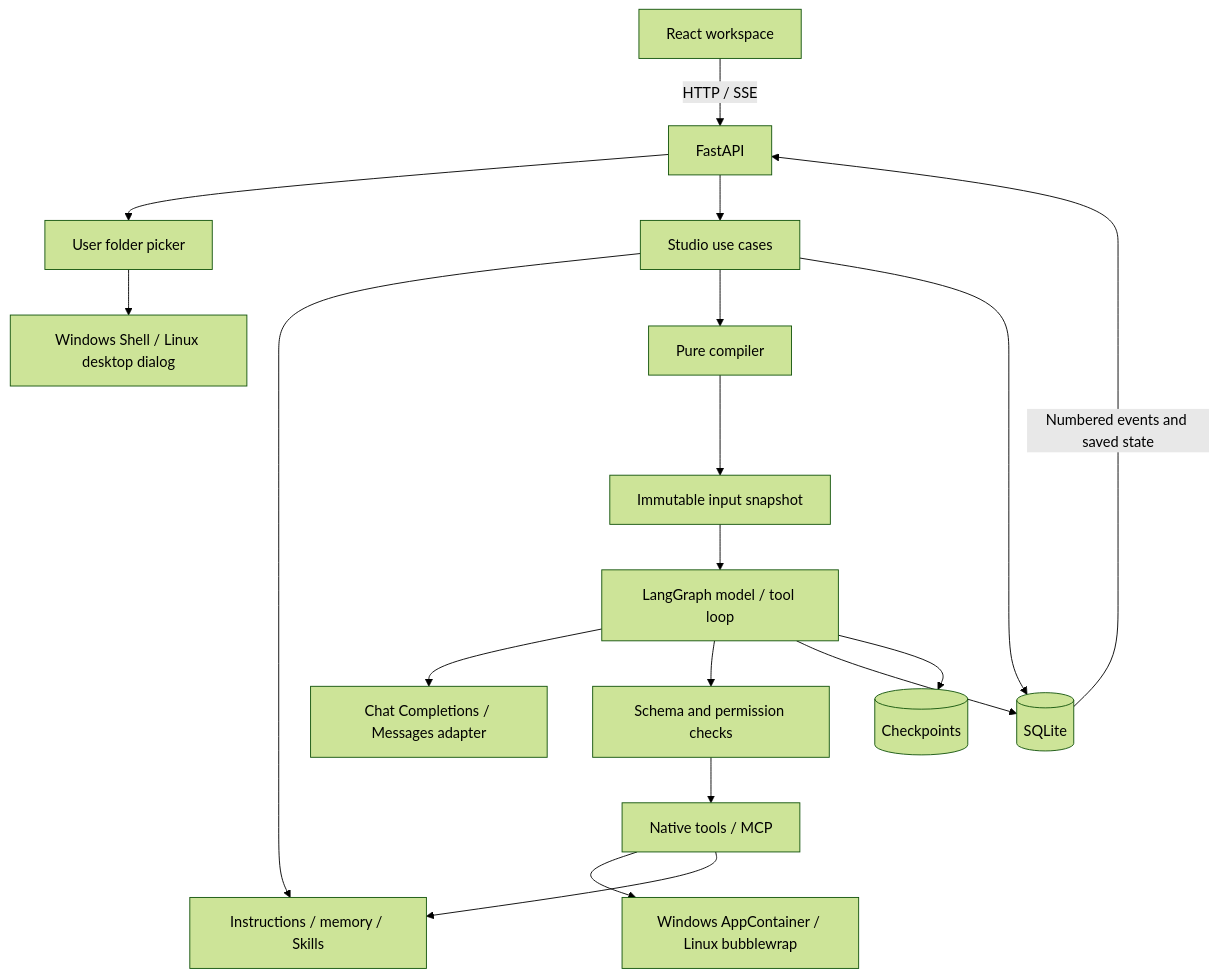
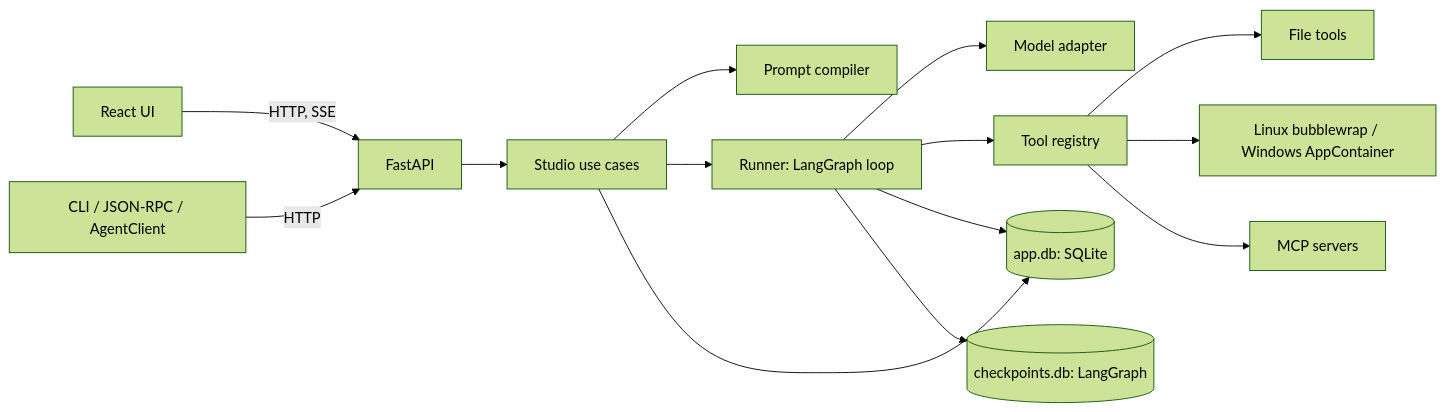
The first of 3 diagrams in docs/architecture.md (shiraha721/glassbox), drawn with Mermaid (forest theme) before and after one commit. The commit also changed other lines of this file and 90 other files, not shown here.

````diff
--- a/docs/architecture.md
+++ b/docs/architecture.md
@@ -130,20 +9,16 @@
 ```mermaid
-flowchart TD
-    UI[React workspace] -->|HTTP / SSE| API[FastAPI]
-    API --> DESKTOP[User folder picker]
-    DESKTOP --> DIALOG[Windows Shell / Linux desktop dialog]
-    API --> APP[Studio use cases]
-    APP --> FILES[Instructions / memory / Skills]
-    APP --> COMP[Pure compiler]
-    COMP --> SNAP[Immutable input snapshot]
-    SNAP --> RUN[LangGraph model / tool loop]
-    RUN --> MODEL[Chat Completions / Messages adapter]
-    RUN --> POLICY[Schema and permission checks]
-    POLICY --> TOOLS[Native tools / MCP]
-    TOOLS --> SHELL[Windows AppContainer / Linux bubblewrap]
-    TOOLS --> FILES
-    APP --> DB[(SQLite)]
-    RUN --> DB
-    RUN --> CP[(Checkpoints)]
-    DB -->|Numbered events and saved state| API
+flowchart LR
+    UI[React UI] -->|HTTP, SSE| API[FastAPI]
+    CLI[CLI / JSON-RPC / AgentClient] -->|HTTP| API
+    API --> Studio[Studio use cases]
+    Studio --> Compiler[Prompt compiler]
+    Studio --> Runner[Runner: LangGraph loop]
+    Runner --> Provider[Model adapter]
+    Runner --> Tools[Tool registry]
+    Tools --> Files[File tools]
+    Tools --> Sandbox[Linux bubblewrap / Windows AppContainer]
+    Tools --> MCP[MCP servers]
+    Studio --> DB[(app.db: SQLite)]
+    Runner --> DB
+    Runner --> CP[(checkpoints.db: LangGraph)]
 ```
````
